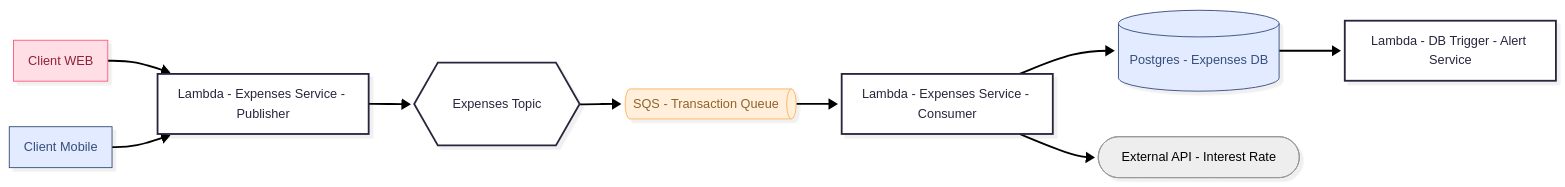
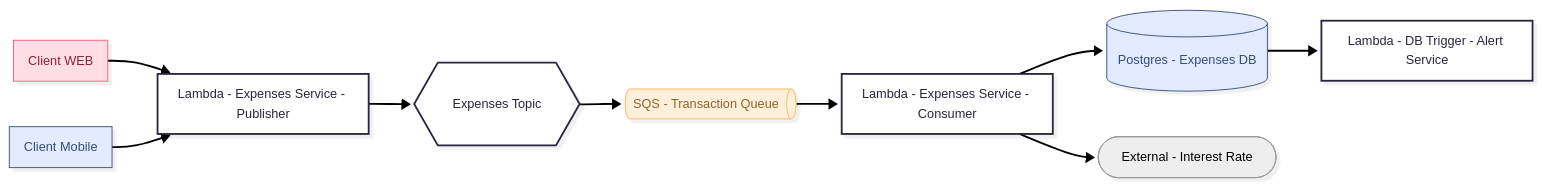
One commit to dasilvaoscar/concurrency-simulator changed the second of 3 diagrams in README.md. Above: the diagram before and after it, drawn with Mermaid.

Commit message:
Fix typo in README.md for external API reference

````diff
--- a/README.md
+++ b/README.md
@@ -38,34 +38,34 @@
 ```mermaid
 ---
 config:
   theme: redux
   layout: dagre
   look: neo
 ---
 flowchart LR
     n14["Client WEB"] --> n1["Lambda - Expenses Service - Publisher"]
     n21["Client Mobile"] --> n1
     n1 --> n3@{ label: "Expenses<span style=\"color:\"> Topic</span>" }
     n3 --> n6["SQS - Transaction Queue"]
     n6 --> n22["Lambda - Expenses Service - Consumer"]
-    n22 --> n18["Postgres - Expenses DB"] & n24(["External API - Interest Rate"])
+    n22 --> n18["Postgres - Expenses DB"] & n24(["External - Interest Rate"])
     n18 --> n23["Lambda - DB Trigger - Alert Service"]
 
     n14@{ shape: rect}
     n1@{ shape: rect}
     n21@{ shape: rect}
     n3@{ shape: hex}
     n6@{ shape: h-cyl}
     n22@{ shape: rect}
     n18@{ shape: cyl}
     n23@{ shape: rect}
      n14:::Rose
      n21:::Sky
      n6:::Peach
      n18:::Sky
      n24:::Ash
     classDef Rose stroke-width:1px, stroke-dasharray:none, stroke:#FF5978, fill:#FFDFE5, color:#8E2236
     classDef Peach stroke-width:1px, stroke-dasharray:none, stroke:#FBB35A, fill:#FFEFDB, color:#8F632D
     classDef Sky stroke-width:1px, stroke-dasharray:none, stroke:#374D7C, fill:#E2EBFF, color:#374D7C
     classDef Ash stroke-width:1px, stroke-dasharray:none, stroke:#999999, fill:#EEEEEE, color:#000000
 ```
````
